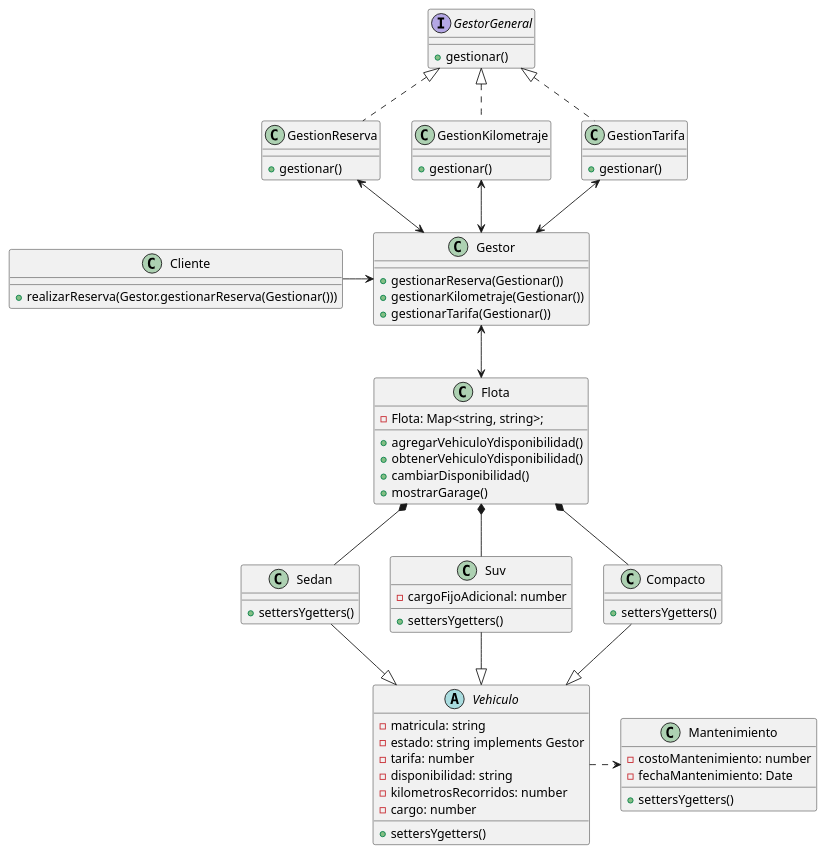
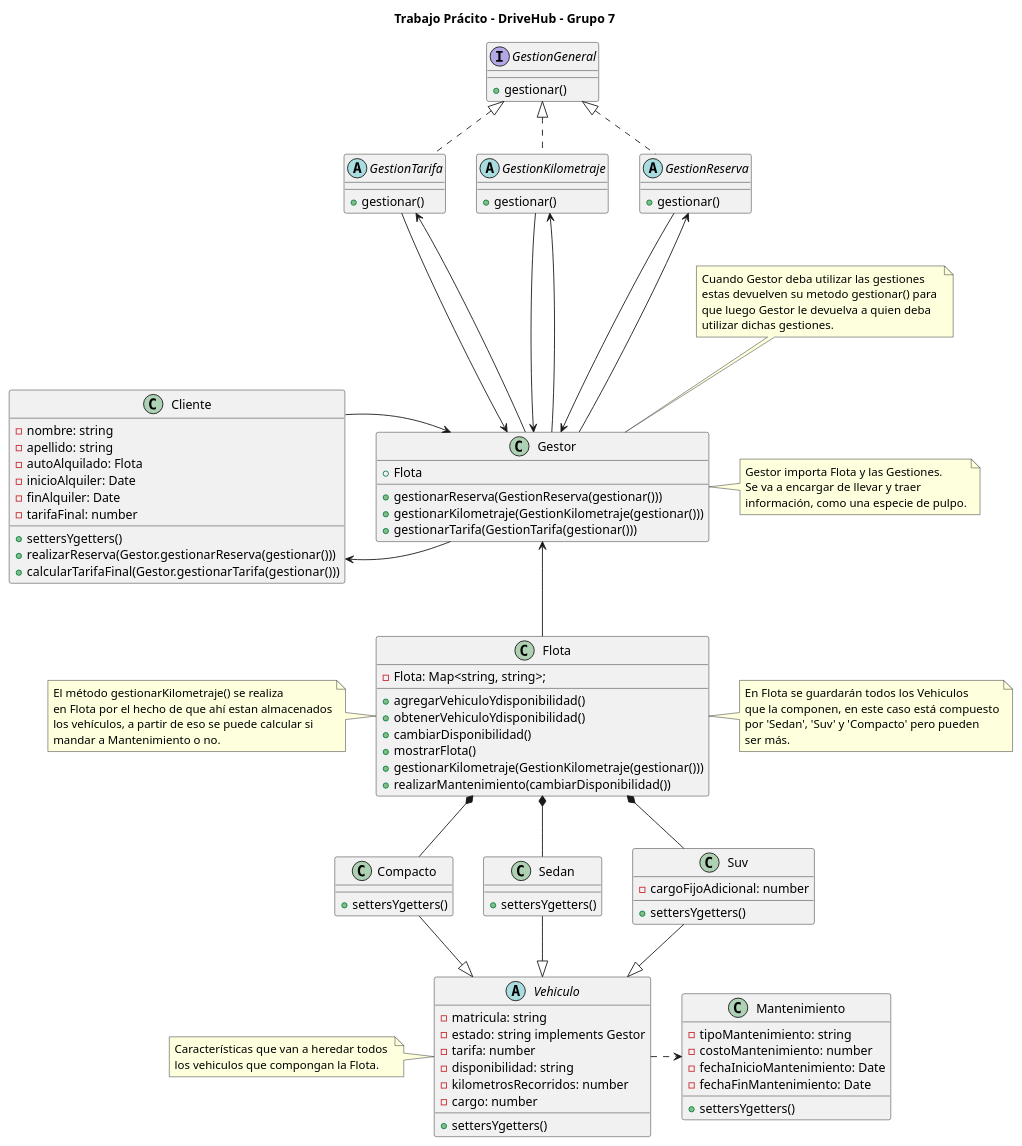
Before and after one commit to antonellaBelenVidela/Programacion2Grupo7: the diagram in diagramaUML/diagramaFlotaVehiculos.puml, drawn with PlantUML.

Commit message:
Algunas correciones y notas al UML

```diff
--- a/diagramaUML/diagramaFlotaVehiculos.puml
+++ b/diagramaUML/diagramaFlotaVehiculos.puml
@@ -1,108 +1,162 @@
 @startuml DriveHub
- 
-'Preguntas:
 
-'Flota Pulpo derivador de Tareas' NO
-'Interfaz Gestor de tarifas' Quizas
-'Biblioteca Moment JS para calculos de fecha' Con Date se puede
-
-
-'Relaciones Flota'
-Flota *-- Sedan
-Flota *-- Suv
-Flota *-- Compacto
-
-'Relaciones Herencia'
-Sedan --|> Vehiculo
-Suv --|> Vehiculo
-Compacto --|> Vehiculo
-
-'Relaciones Generales'
-GestionReserva .u.|> GestorGeneral
-GestionKilometraje .u.|> GestorGeneral
-GestionTarifa .u.|> GestorGeneral
-GestionReserva <--> Gestor
-GestionKilometraje <--> Gestor
-GestionTarifa <--> Gestor
-
-'Dependencias'
-Vehiculo .r.> Mantenimiento
-
-'Asociaciones'
-Flota <-u-> Gestor
-Cliente -r-> Gestor
-
-
-
+title "Trabajo Prácito - DriveHub - Grupo 7"
 
 'Clases'
 
 class Cliente{
-    + realizarReserva(Gestor.gestionarReserva(Gestionar()))
+    - nombre: string
+    - apellido: string
+    - autoAlquilado: Flota
+    - inicioAlquiler: Date
+    - finAlquiler: Date
+    - tarifaFinal: number
+    + settersYgetters()
+    + realizarReserva(Gestor.gestionarReserva(gestionar()))
+    + calcularTarifaFinal(Gestor.gestionarTarifa(gestionar()))
 }
 
 class Gestor{
-    + gestionarReserva(Gestionar())
-    + gestionarKilometraje(Gestionar())
-    + gestionarTarifa(Gestionar())
+    + Flota
+    + gestionarReserva(GestionReserva(gestionar()))
+    + gestionarKilometraje(GestionKilometraje(gestionar()))
+    + gestionarTarifa(GestionTarifa(gestionar()))
 }
 
 class Flota{
     'La key es la categoría(Suv, Sedan, Compacto)
     'El valor es su disponibilidad(Está disponible o no para el Cliente)'
     - Flota: Map<string, string>;
     + agregarVehiculoYdisponibilidad()
     + obtenerVehiculoYdisponibilidad()
     + cambiarDisponibilidad()
-    + mostrarGarage()
+    + mostrarFlota()
+    + gestionarKilometraje(GestionKilometraje(gestionar()))
+    + realizarMantenimiento(cambiarDisponibilidad())
 }
 
 abstract class Vehiculo{
     - matricula: string
     - estado: string implements Gestor
     - tarifa: number
     - disponibilidad: string
     - kilometrosRecorridos: number
     - cargo: number
  
     + settersYgetters()
 }
 
 class Compacto{
     + settersYgetters()
 }
 
 class Sedan{
     + settersYgetters()
 }
 
 class Suv{
     - cargoFijoAdicional: number
     + settersYgetters()
 }
 
 class Mantenimiento{
+    - tipoMantenimiento: string
     - costoMantenimiento: number
-    - fechaMantenimiento: Date
+    - fechaInicioMantenimiento: Date
+    - fechaFinMantenimiento: Date
 
     + settersYgetters()
 }
 
-class GestionReserva{
+abstract class GestionReserva{
     + gestionar()
 }
 
-class GestionKilometraje{
+abstract class GestionKilometraje{
     + gestionar()
 }
 
-class GestionTarifa{
+abstract class GestionTarifa{
     + gestionar()
 }
 
 'Interfaces'
-interface GestorGeneral{
+interface GestionGeneral{
     + gestionar()
 } 
 
+
+'Preguntas:
+
+'Flota Pulpo derivador de Tareas' NO
+'Interfaz Gestor de tarifas' Quizas
+'Biblioteca Moment JS para calculos de fecha' Con Date se puede
+
+
+'Relaciones Flota'
+Flota *-- Sedan
+Flota *-- Suv
+Flota *-- Compacto
+
+'Relaciones Herencia'
+Sedan --|> Vehiculo
+Suv --|> Vehiculo
+Compacto --|> Vehiculo
+
+'Relacion de Implementacion
+GestionReserva .u.|> GestionGeneral
+GestionKilometraje .u.|> GestionGeneral
+GestionTarifa .u.|> GestionGeneral
+
+'Relaciones con Gestor'
+Gestor --l-> Cliente
+Cliente --r-> Gestor
+
+GestionReserva ---> Gestor
+Gestor -u--> GestionReserva
+
+GestionKilometraje ---> Gestor
+Gestor -u--> GestionKilometraje
+
+GestionTarifa ---> Gestor
+Gestor -u--> GestionTarifa
+
+Flota -u-> Gestor
+
+'Relaciones de Dependencia'
+Vehiculo .r.> Mantenimiento
+
+'Notas'
+note right of Gestor 
+    Gestor importa Flota y las Gestiones. 
+    Se va a encargar de llevar y traer 
+    información, como una especie de pulpo.
+end note
+
+note top of Gestor
+    Cuando Gestor deba utilizar las gestiones
+    estas devuelven su metodo gestionar() para 
+    que luego Gestor le devuelva a quien deba
+    utilizar dichas gestiones.
+end note
+
+note right of Flota
+    En Flota se guardarán todos los Vehiculos
+    que la componen, en este caso está compuesto
+    por 'Sedan', 'Suv' y 'Compacto' pero pueden
+    ser más.
+end note
+
+note left of Vehiculo
+    Características que van a heredar todos 
+    los vehiculos que compongan la Flota.
+end note
+
+note left of Flota
+    El método gestionarKilometraje() se realiza
+    en Flota por el hecho de que ahí estan almacenados
+    los vehículos, a partir de eso se puede calcular si
+    mandar a Mantenimiento o no.
+end note
+
 @enduml
```
